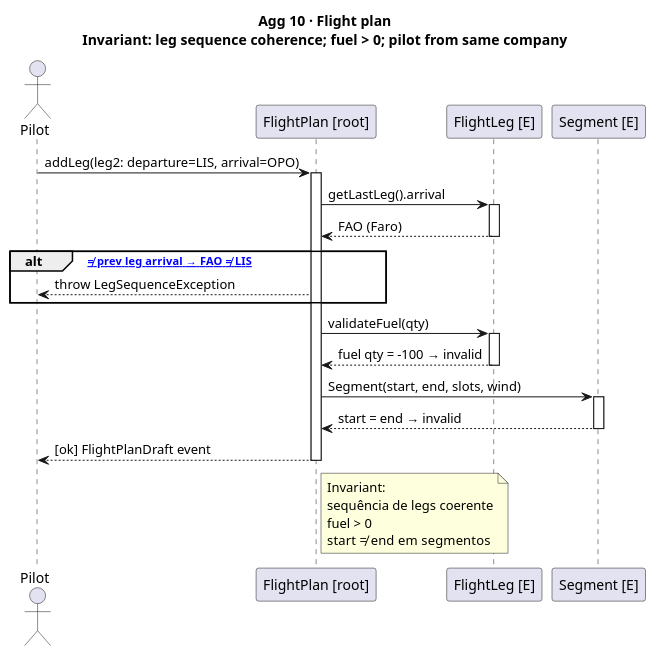
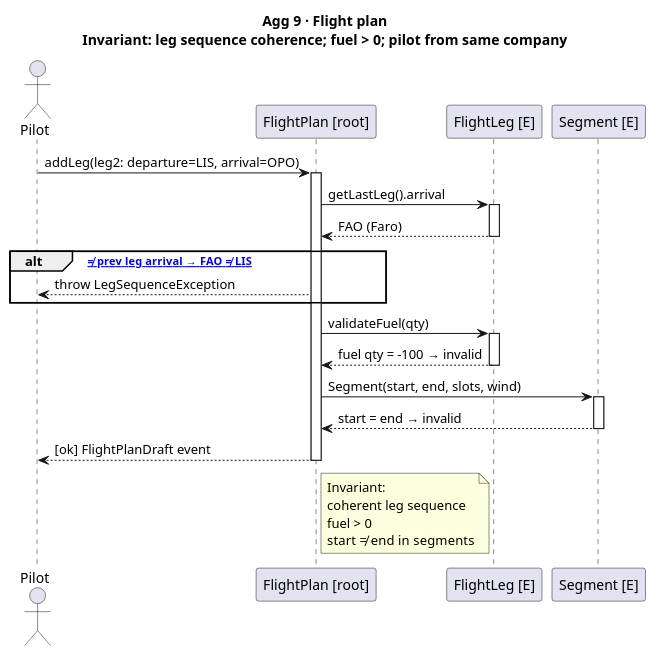
Before and after one commit to DuartePinto1240/sem4pi2526-sem4pi2526_2da2: the diagram in docs/Agg09.puml, drawn with PlantUML. The commit also changed 6 other files, not shown here.

Commit message:
Changes to the flight plan aggregate and correction to aggregation names #7

```diff
--- a/docs/Agg09.puml
+++ b/docs/Agg09.puml
@@ -1,42 +1,42 @@
-@startuml US011_Agg10_FlightPlan
-title Agg 10 · Flight plan\nInvariant: leg sequence coherence; fuel > 0; pilot from same company
+@startuml US011_Agg9_FlightPlan
+title Agg 9 · Flight plan\nInvariant: leg sequence coherence; fuel > 0; pilot from same company
 
 actor Pilot
 participant "FlightPlan [root]" as FP
 participant "FlightLeg [E]" as Leg
 participant "Segment [E]" as Seg
 
 Pilot -> FP : addLeg(leg2: departure=LIS, arrival=OPO)
 activate FP
 
 FP -> Leg : getLastLeg().arrival
 activate Leg
 Leg --> FP : FAO (Faro)
 deactivate Leg
 
 alt [leg2.departure ≠ prev leg arrival → FAO ≠ LIS]
     FP --> Pilot : throw LegSequenceException
 end
 
 FP -> Leg : validateFuel(qty)
 activate Leg
 Leg --> FP : fuel qty = -100 → invalid
 deactivate Leg
 
 FP -> Seg : Segment(start, end, slots, wind)
 activate Seg
 Seg --> FP : start = end → invalid
 deactivate Seg
 
 FP --> Pilot : [ok] FlightPlanDraft event
 
 deactivate FP
 
 note right of FP
   Invariant:
-  sequência de legs coerente
+  coherent leg sequence
   fuel > 0
-  start ≠ end em segmentos
+  start ≠ end in segments
 end note
 
 @enduml
```
